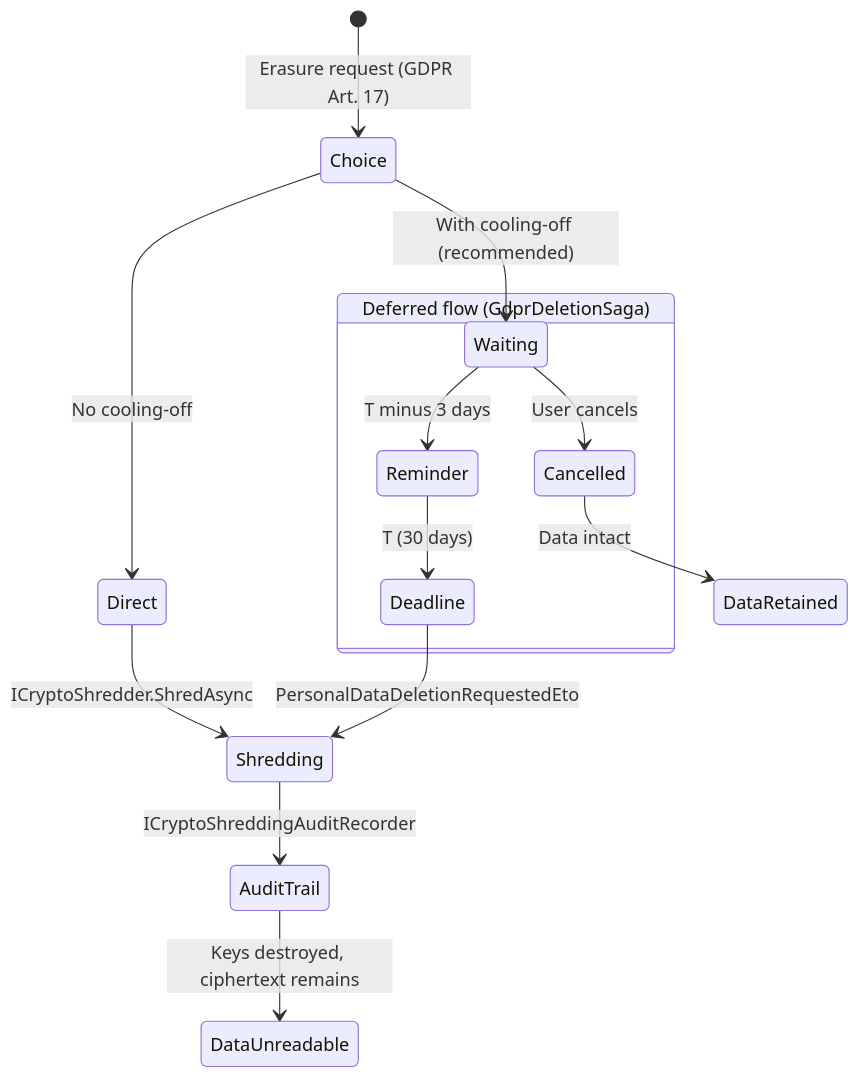
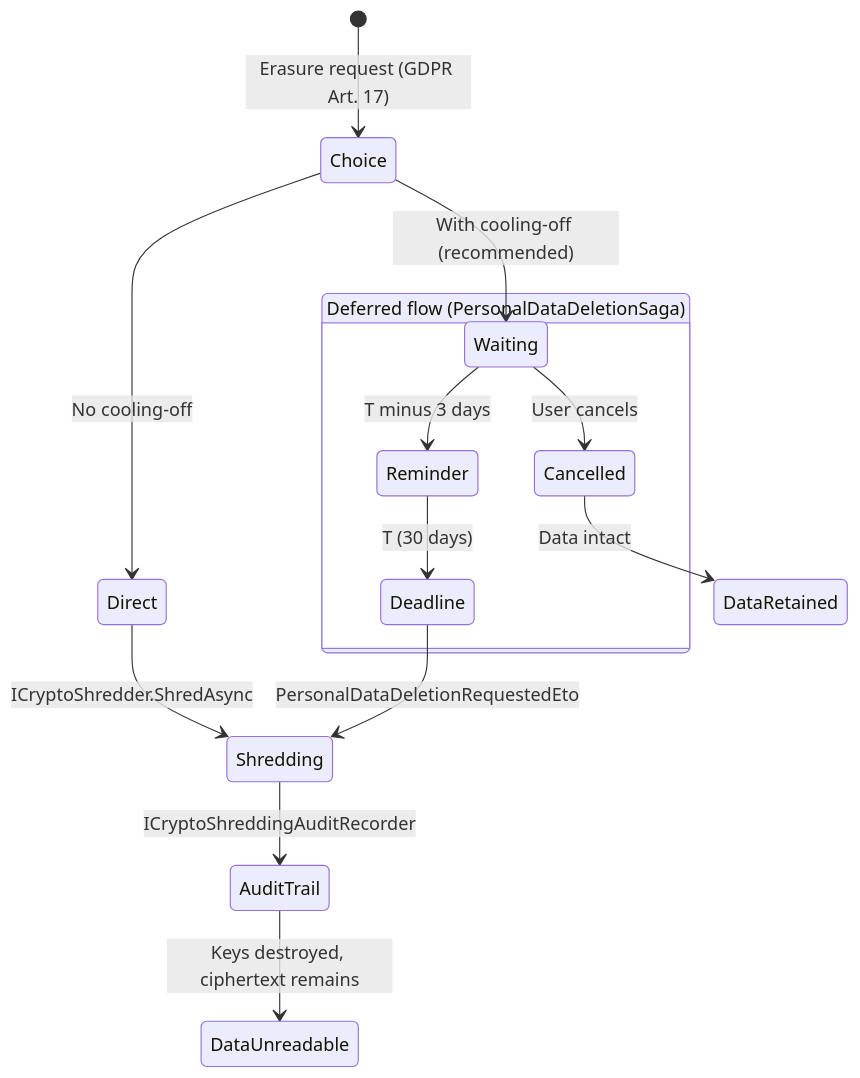
Before and after one commit to granit-fx/granit-dotnet: the third of 3 diagrams in docs-site/src/content/docs/dotnet/compliance/crypto-shredding.mdx, drawn with Mermaid. The commit also changed other lines of this file and 73 other files, not shown here.

````diff
--- a/docs-site/src/content/docs/dotnet/compliance/crypto-shredding.mdx
+++ b/docs-site/src/content/docs/dotnet/compliance/crypto-shredding.mdx
@@ -345,22 +345,22 @@
 ```mermaid
 stateDiagram-v2
     [*] --> Choice: Erasure request (GDPR Art. 17)
 
     state Choice <<choice>>
     Choice --> Direct: No cooling-off
     Choice --> Waiting: With cooling-off (recommended)
 
     Direct --> Shredding: ICryptoShredder.ShredAsync
 
-    state "Deferred flow (GdprDeletionSaga)" as DeferredFlow {
+    state "Deferred flow (PersonalDataDeletionSaga)" as DeferredFlow {
         Waiting --> Reminder: T minus 3 days
         Reminder --> Deadline: T (30 days)
         Waiting --> Cancelled: User cancels
     }
 
     Deadline --> Shredding: PersonalDataDeletionRequestedEto
     Cancelled --> DataRetained: Data intact
 
     Shredding --> AuditTrail: ICryptoShreddingAuditRecorder
     AuditTrail --> DataUnreadable: Keys destroyed, ciphertext remains
 ```
````
